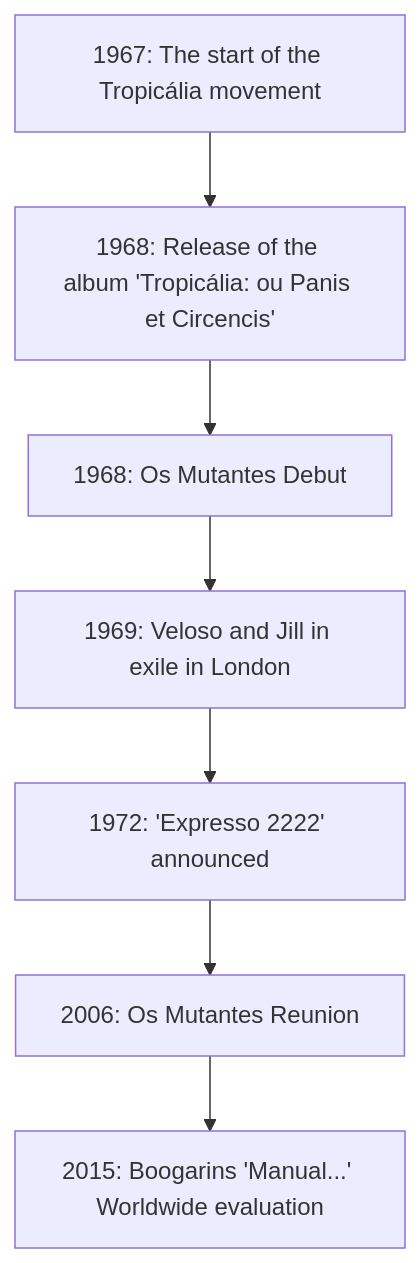
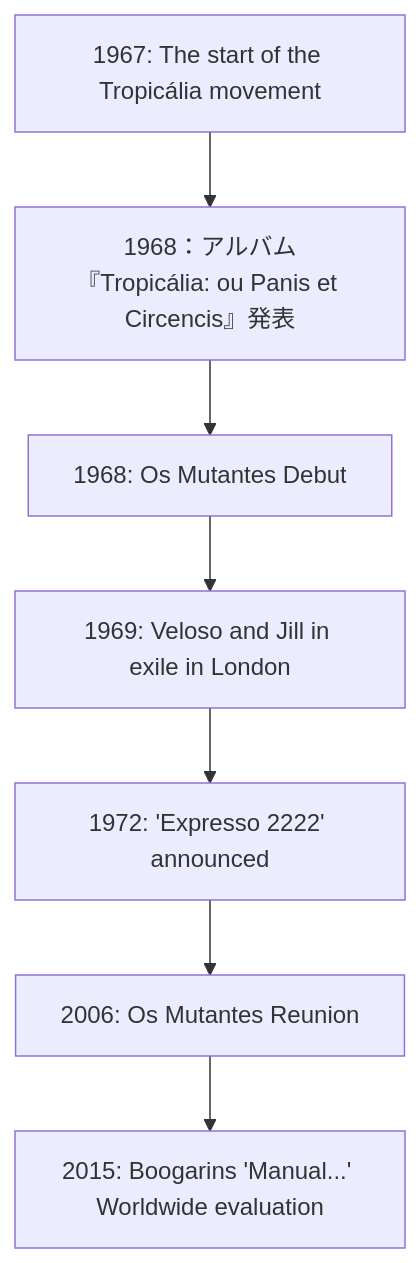
The diagram in en/_posts/2025-10-08-Colum-Brazilian-Psychedelic-Music.md (monumental-movement/monumental-movement.github.io), drawn with Mermaid before and after one commit. The commit also changed 422 other files, not shown here.

```diff
--- a/en/_posts/2025-10-08-Colum-Brazilian-Psychedelic-Music.md
+++ b/en/_posts/2025-10-08-Colum-Brazilian-Psychedelic-Music.md
@@ -103,14 +103,14 @@
 <div class="mermaid">
 
 flowchart TD
     A1967["1967: The start of the Tropicália movement"]
-    A1968a["1968: Release of the album 'Tropicália: ou Panis et Circencis'"]
+    A1968a["1968：アルバム『Tropicália: ou Panis et Circencis』発表"]
     A1968b["1968: Os Mutantes Debut"]
     A1969["1969: Veloso and Jill in exile in London"]
     A1972["1972: 'Expresso 2222' announced"]
     A2006["2006: Os Mutantes Reunion"]
     A2015["2015: Boogarins 'Manual...' Worldwide evaluation"]
 
     A1967 --> A1968a --> A1968b --> A1969 --> A1972 --> A2006 --> A2015
 
 </div>
```
